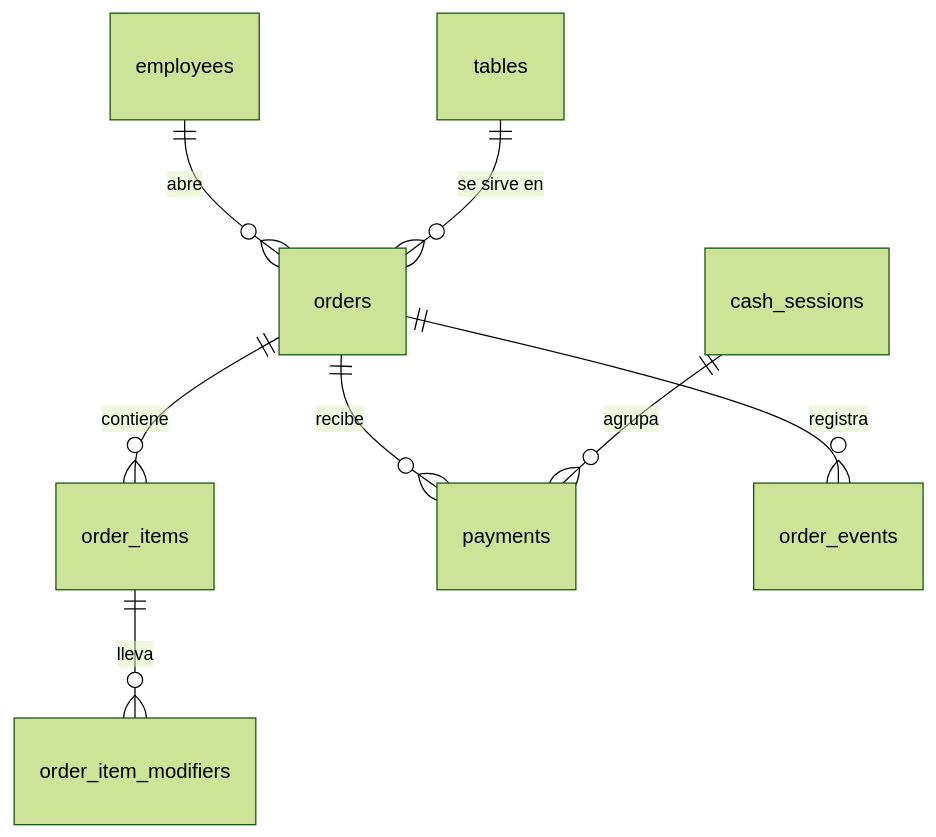
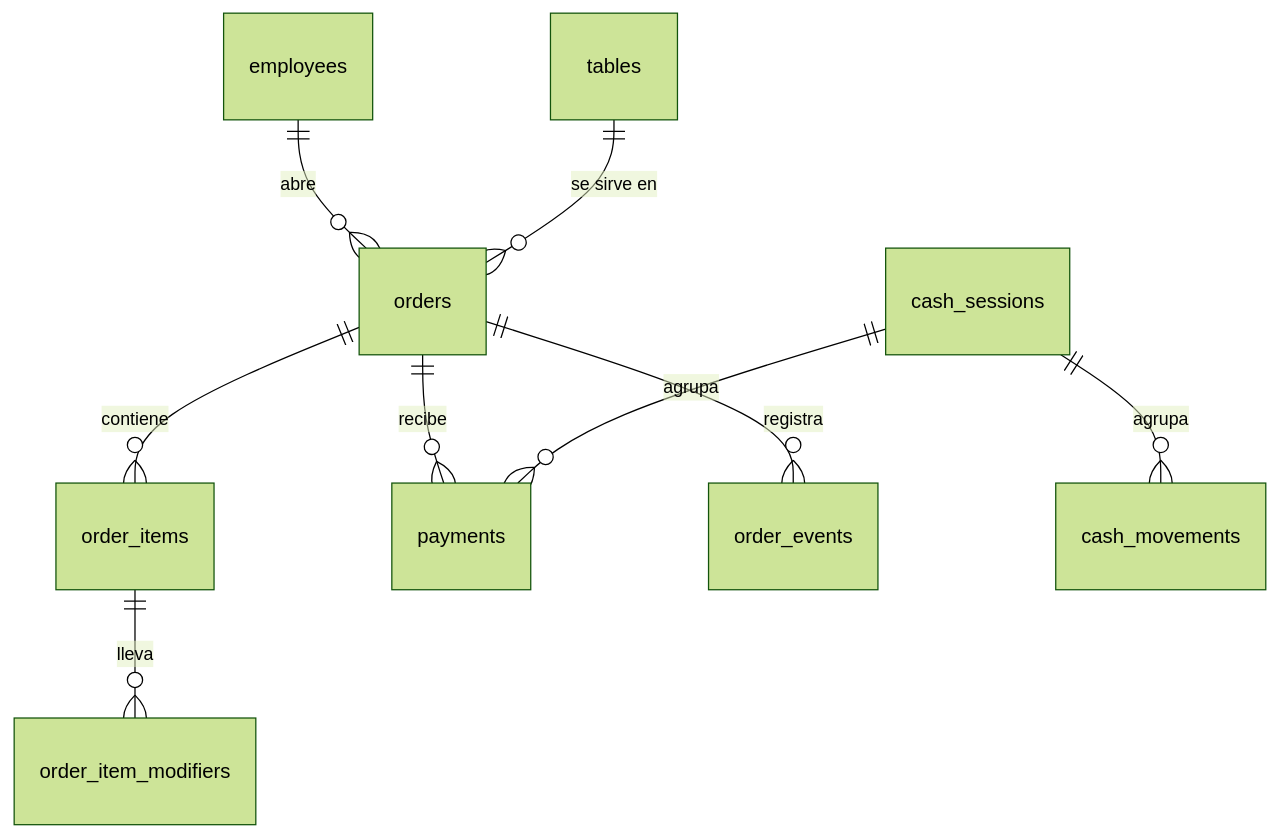
One commit to mkcodev/TPV-Advanced changed the fifth of 6 diagrams in docs/DATABASE-SCHEMA.md. Above: the diagram before and after it, drawn with Mermaid (forest theme). The commit also changed other lines of this file, not shown here.

Commit message:
docs: harden data model (legal chain, cash, customers, allergens)

````diff
--- a/docs/DATABASE-SCHEMA.md
+++ b/docs/DATABASE-SCHEMA.md
@@ -344,10 +384,11 @@
 ```mermaid
 erDiagram
     orders ||--o{ order_items : contiene
     order_items ||--o{ order_item_modifiers : lleva
     orders ||--o{ payments : recibe
     orders ||--o{ order_events : registra
     cash_sessions ||--o{ payments : agrupa
+    cash_sessions ||--o{ cash_movements : agrupa
     employees ||--o{ orders : abre
     tables ||--o{ orders : "se sirve en"
 ```
````
